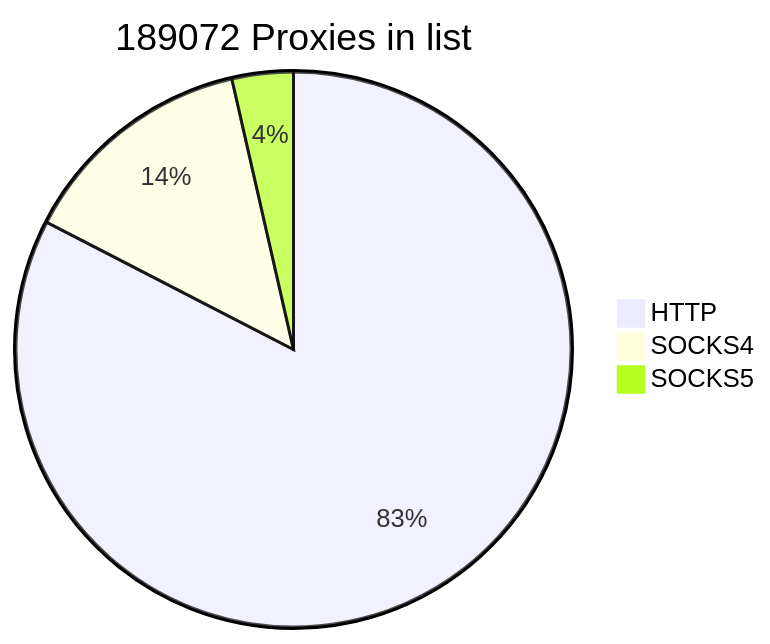
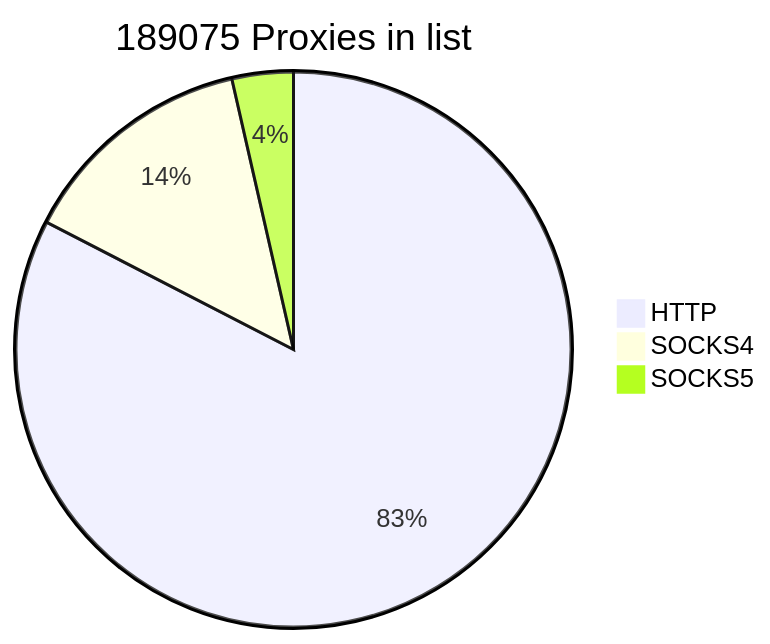
One commit to cutipu/proxylist changed the first of 2 diagrams in README.md. Above: the diagram before and after it, drawn with Mermaid. The commit also changed other lines of this file, not shown here.

````diff
--- a/README.md
+++ b/README.md
@@ -9,7 +9,7 @@
 ```mermaid
-pie title 189072 Proxies in list
-    "HTTP" : 156132
+pie title 189075 Proxies in list
+    "HTTP" : 156135
     "SOCKS4" : 26197
     "SOCKS5" : 6743
             
 ```
````
